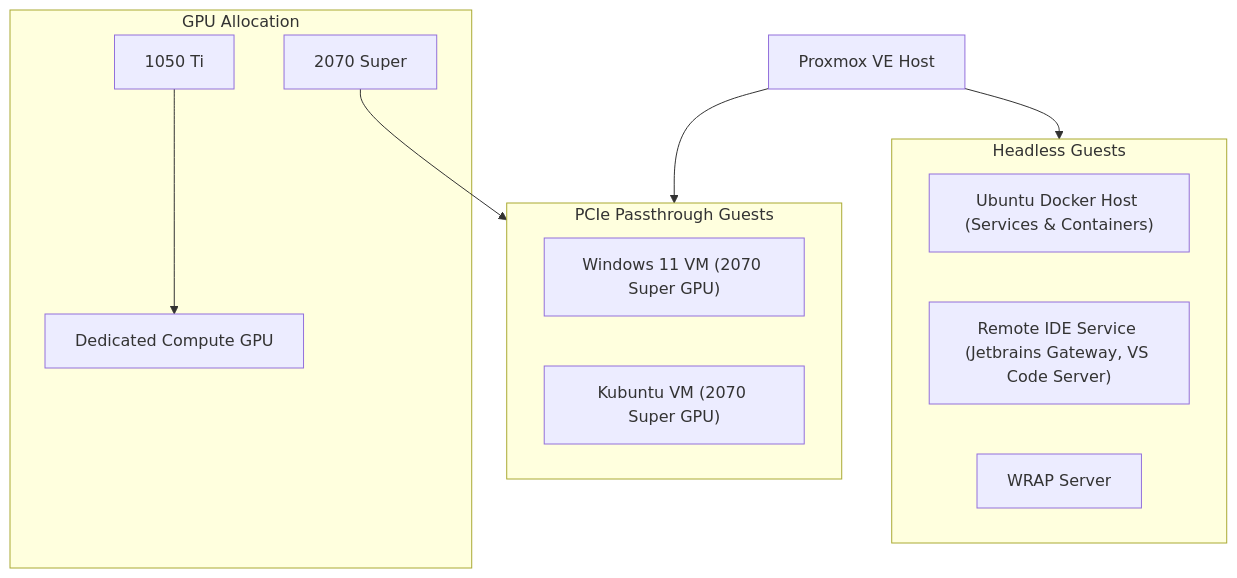
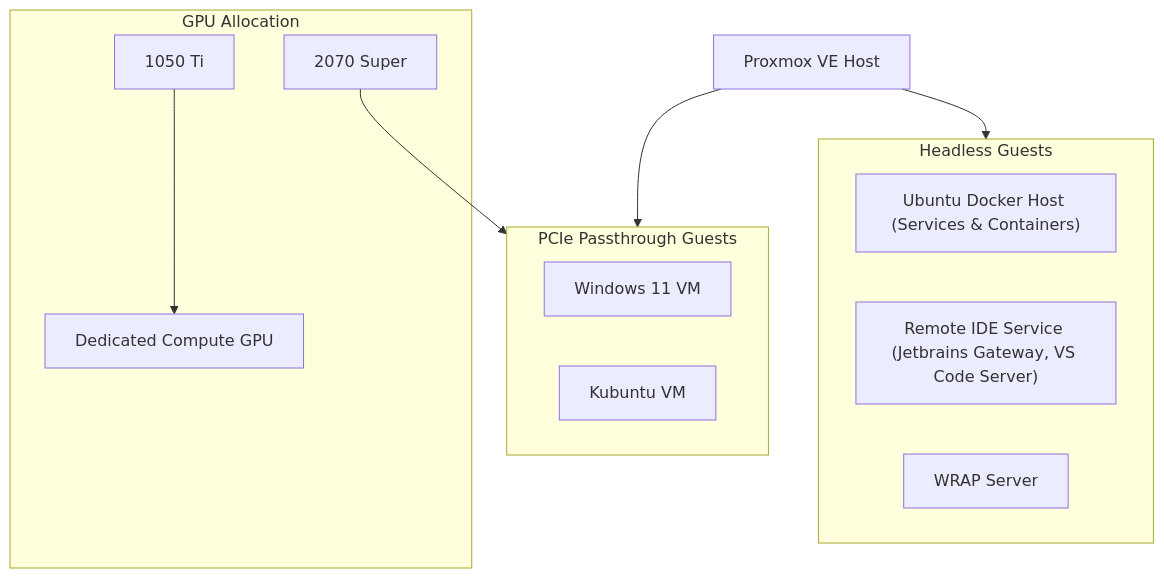
The first of 2 diagrams in README.md (JeremyCCox/proxmox-homelab), drawn with Mermaid before and after one commit.

Commit message:
docs: remove redundant gpu designations

````diff
--- a/README.md
+++ b/README.md
@@ -7,33 +7,33 @@
 ```mermaid
 graph TD
     Proxmox["Proxmox VE Host"]
 
     %% PCIe Passthrough Guests
     subgraph PCIe_Passthrough["PCIe Passthrough Guests"]
-        Win11["Windows 11 VM (2070 Super GPU)"]
-        Kubuntu["Kubuntu VM (2070 Super GPU)"]
+        Win11["Windows 11 VM"]
+        Kubuntu["Kubuntu VM"]
     end
 
 
     %% GPU Allocation
     subgraph GPUs["GPU Allocation"]
         GPU1["1050 Ti"]
         GPU2["2070 Super"]
         Custodian["Dedicated Compute GPU"]
     end
 
     %% Headless Guests
     subgraph Headless["Headless Guests"]
         DockerHost["Ubuntu Docker Host (Services & Containers)"]
         IntelliJ["Remote IDE Service (Jetbrains Gateway, VS Code Server)"]
         WRAP["WRAP Server"]
     end
 
     %% Connections
 
     GPU2 --> PCIe_Passthrough
     GPU1 --> Custodian
 
     Proxmox --> PCIe_Passthrough
     Proxmox --> Headless
 ```
````
